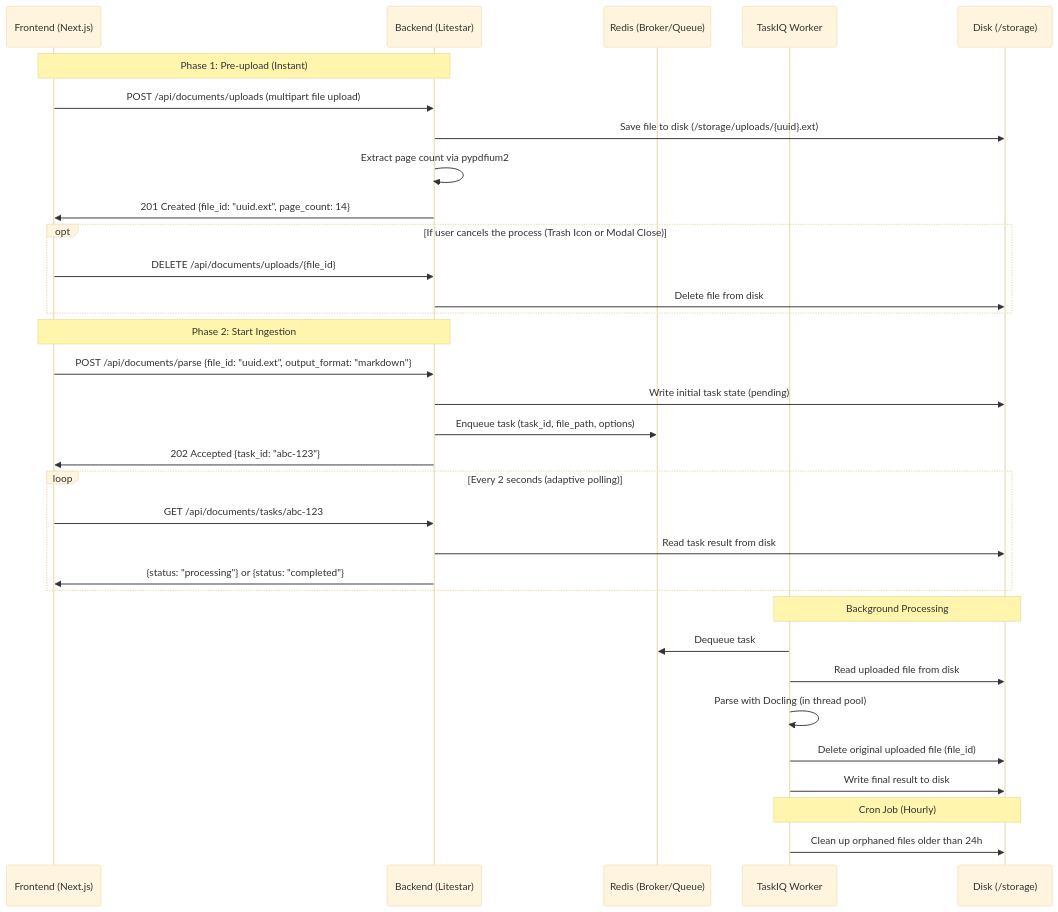
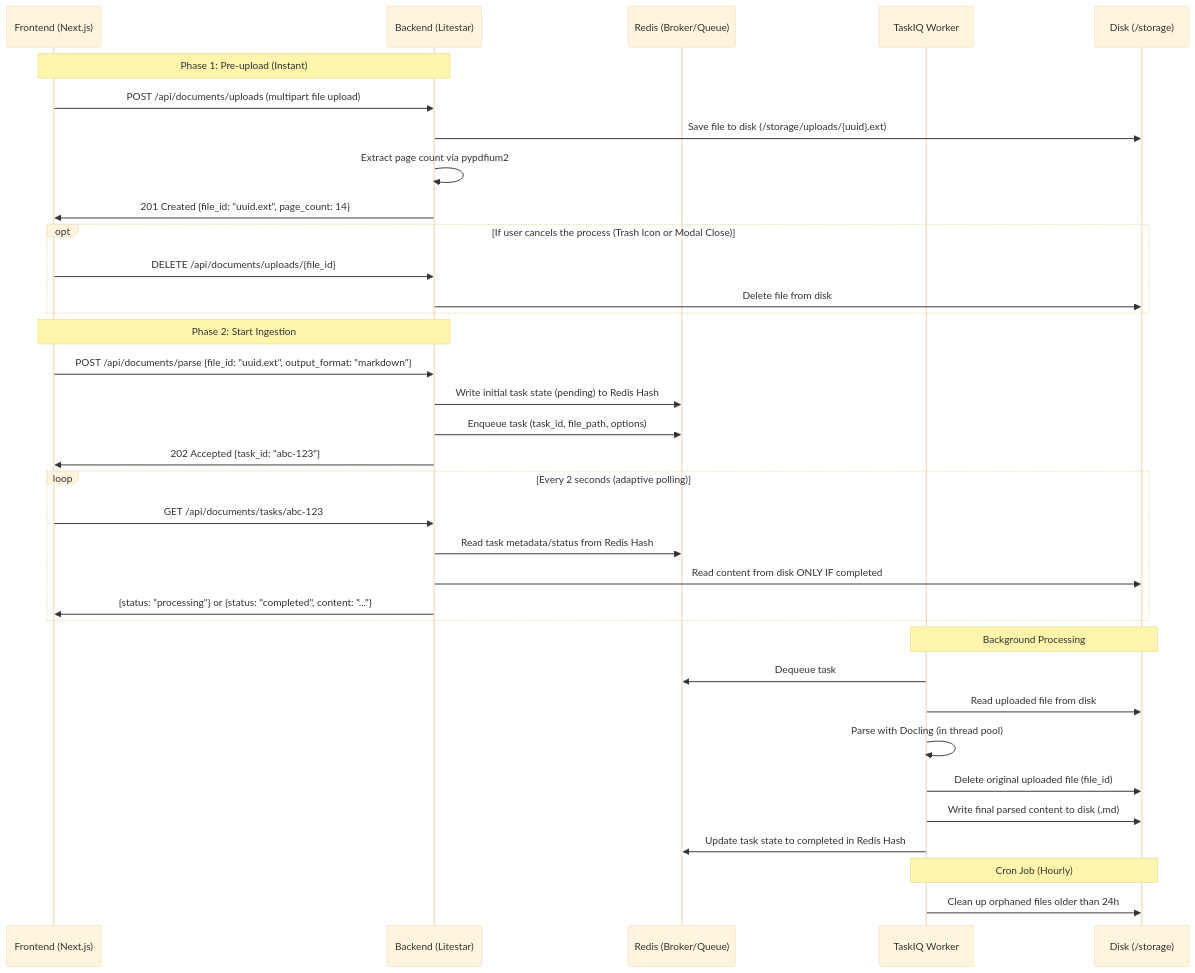
Before and after one commit to think-bro/rag-ingestion-pipeline: the diagram in README.md, drawn with Mermaid (base theme). The commit also changed 9 other files, not shown here.

Commit message:
refactor(document_parsing): migrate task state from disk to redis hash

````diff
--- a/README.md
+++ b/README.md
@@ -16,41 +16,43 @@
 ```mermaid
 sequenceDiagram
     participant F as Frontend (Next.js)
     participant B as Backend (Litestar)
     participant R as Redis (Broker/Queue)
     participant W as TaskIQ Worker
     participant D as Disk (/storage)
 
     Note over F,B: Phase 1: Pre-upload (Instant)
     F->>B: POST /api/documents/uploads (multipart file upload)
     B->>D: Save file to disk (/storage/uploads/{uuid}.ext)
     B->>B: Extract page count via pypdfium2
     B->>F: 201 Created {file_id: "uuid.ext", page_count: 14}
     
     opt If user cancels the process (Trash Icon or Modal Close)
         F->>B: DELETE /api/documents/uploads/{file_id}
         B->>D: Delete file from disk
     end
 
     Note over F,B: Phase 2: Start Ingestion
     F->>B: POST /api/documents/parse {file_id: "uuid.ext", output_format: "markdown"}
-    B->>D: Write initial task state (pending)
+    B->>R: Write initial task state (pending) to Redis Hash
     B->>R: Enqueue task (task_id, file_path, options)
     B->>F: 202 Accepted {task_id: "abc-123"}
 
     loop Every 2 seconds (adaptive polling)
         F->>B: GET /api/documents/tasks/abc-123
-        B->>D: Read task result from disk
-        B->>F: {status: "processing"} or {status: "completed"}
+        B->>R: Read task metadata/status from Redis Hash
+        B->>D: Read content from disk ONLY IF completed
+        B->>F: {status: "processing"} or {status: "completed", content: "..."}
     end
 
     Note over W,D: Background Processing
     W->>R: Dequeue task
     W->>D: Read uploaded file from disk
     W->>W: Parse with Docling (in thread pool)
     W->>D: Delete original uploaded file (file_id)
-    W->>D: Write final result to disk
+    W->>D: Write final parsed content to disk (.md)
+    W->>R: Update task state to completed in Redis Hash
     
     Note over W,D: Cron Job (Hourly)
     W->>D: Clean up orphaned files older than 24h
 ```
````
